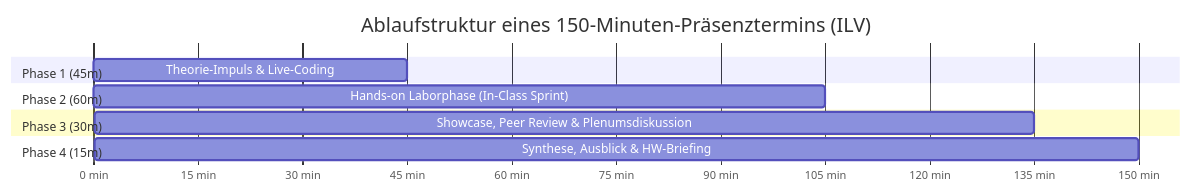
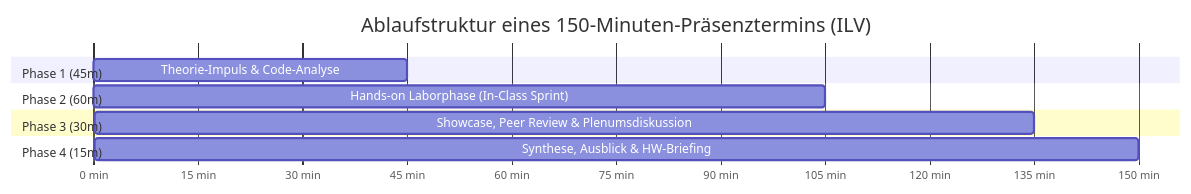
Before and after one commit to ghackenberg/kurs-computer-simulation: the first of 5 diagrams in Konzept/01_Lehrveranstaltungsstruktur_und_Syllabus.md, drawn with Mermaid. The commit also changed other lines of this file and 1 other file, not shown here.

Commit message:
refactor(pedagogy): remove live-coding mentions in favor of structured code walkthroughs

````diff
--- a/Konzept/01_Lehrveranstaltungsstruktur_und_Syllabus.md
+++ b/Konzept/01_Lehrveranstaltungsstruktur_und_Syllabus.md
@@ -591,14 +591,14 @@
 ```mermaid
 gantt
     title Ablaufstruktur eines 150-Minuten-Präsenztermins (ILV)
     dateFormat X
     axisFormat %s min
     section Phase 1 (45m)
-    Theorie-Impuls & Live-Coding : 0, 45
+    Theorie-Impuls & Code-Analyse : 0, 45
     section Phase 2 (60m)
     Hands-on Laborphase (In-Class Sprint) : 45, 105
     section Phase 3 (30m)
     Showcase, Peer Review & Plenumsdiskussion : 105, 135
     section Phase 4 (15m)
     Synthese, Ausblick & HW-Briefing : 135, 150
 ```
````
